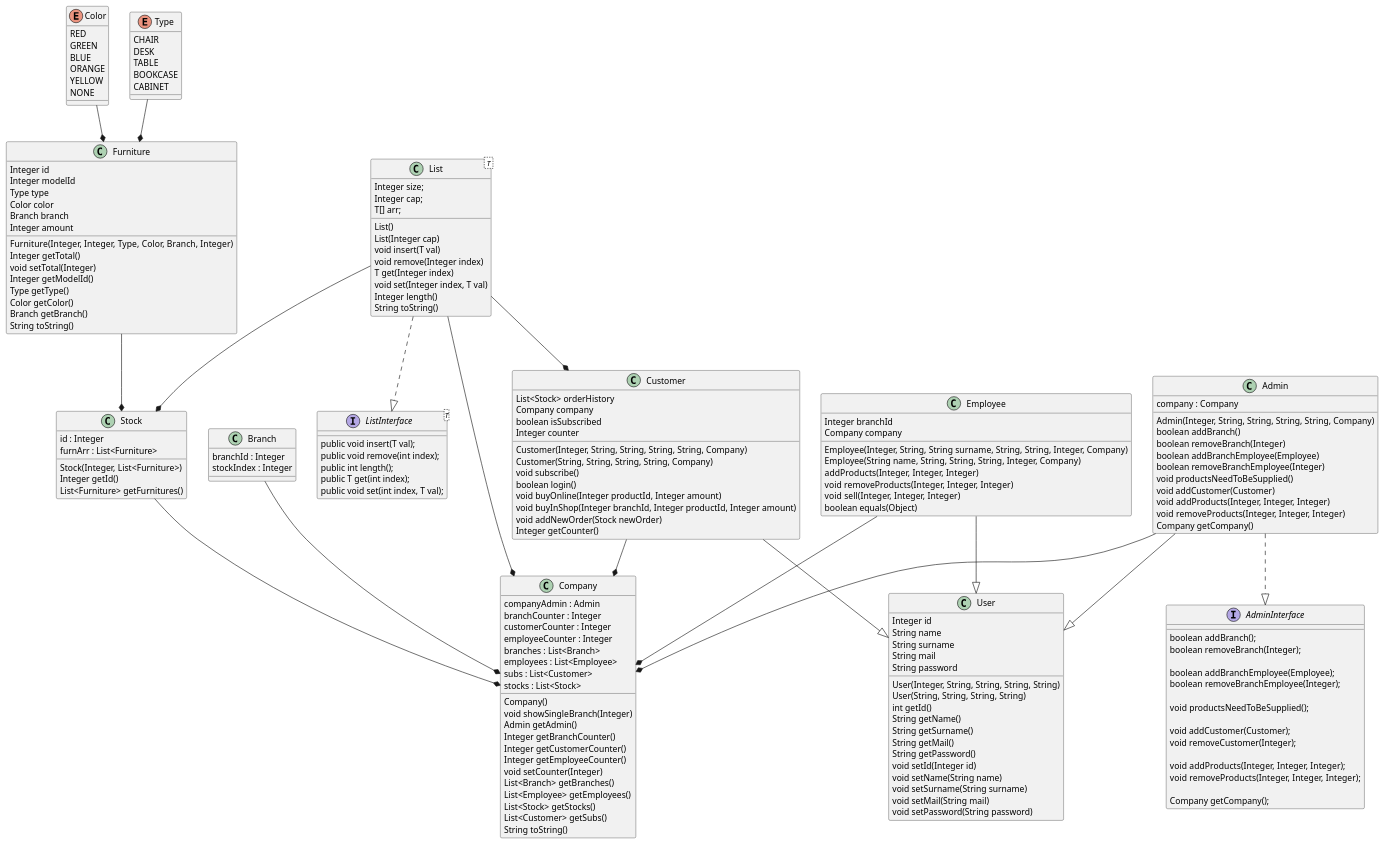
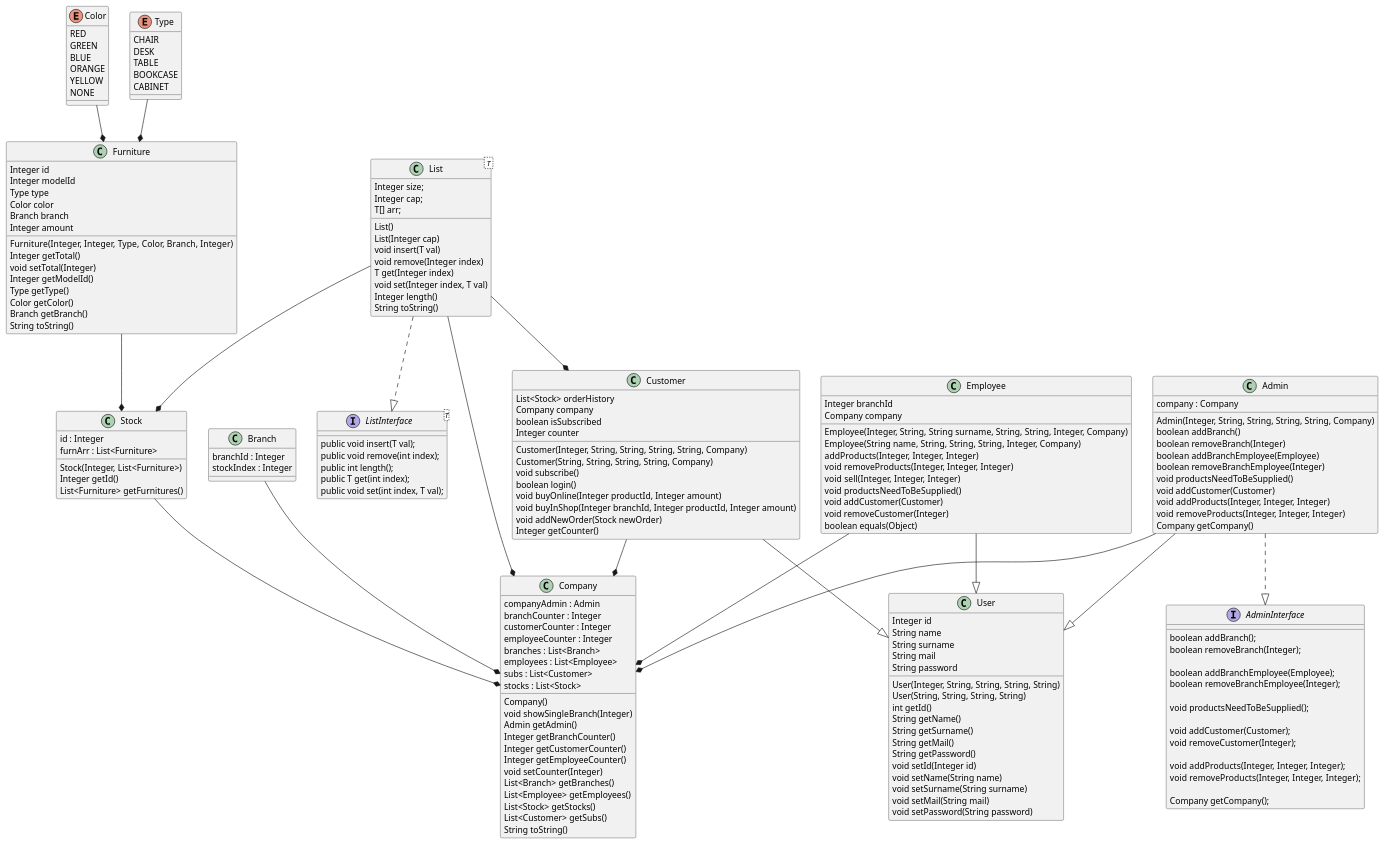
The diagram in classes.puml (barisayyildiz/Data-Structures-Homeworks), drawn with PlantUML before and after one commit. The commit also changed 2 other files, not shown here.

Commit message:
addCustomer&removeCustomer -> employee

```diff
--- a/classes.puml
+++ b/classes.puml
@@ -105,6 +105,9 @@
 	addProducts(Integer, Integer, Integer)
 	void removeProducts(Integer, Integer, Integer)
 	void sell(Integer, Integer, Integer)
+	void productsNeedToBeSupplied()
+	void addCustomer(Customer)
+	void removeCustomer(Integer)
 	boolean equals(Object)
 }
 
```
